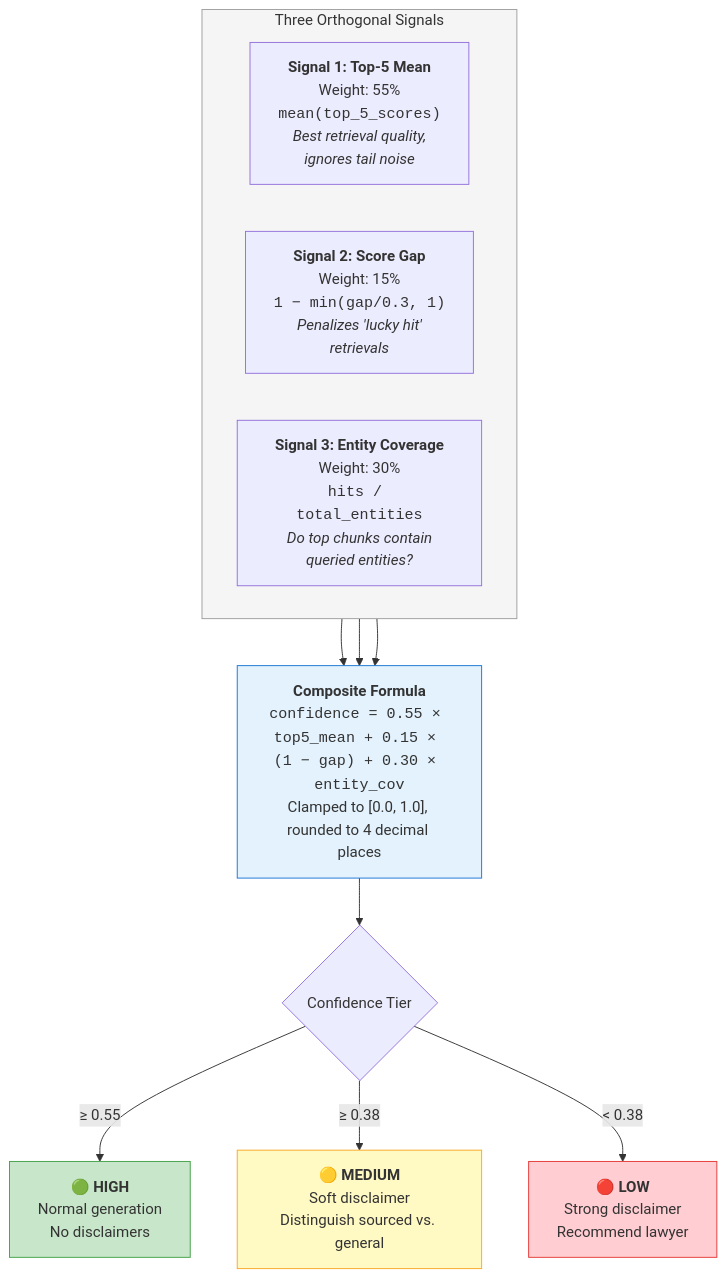
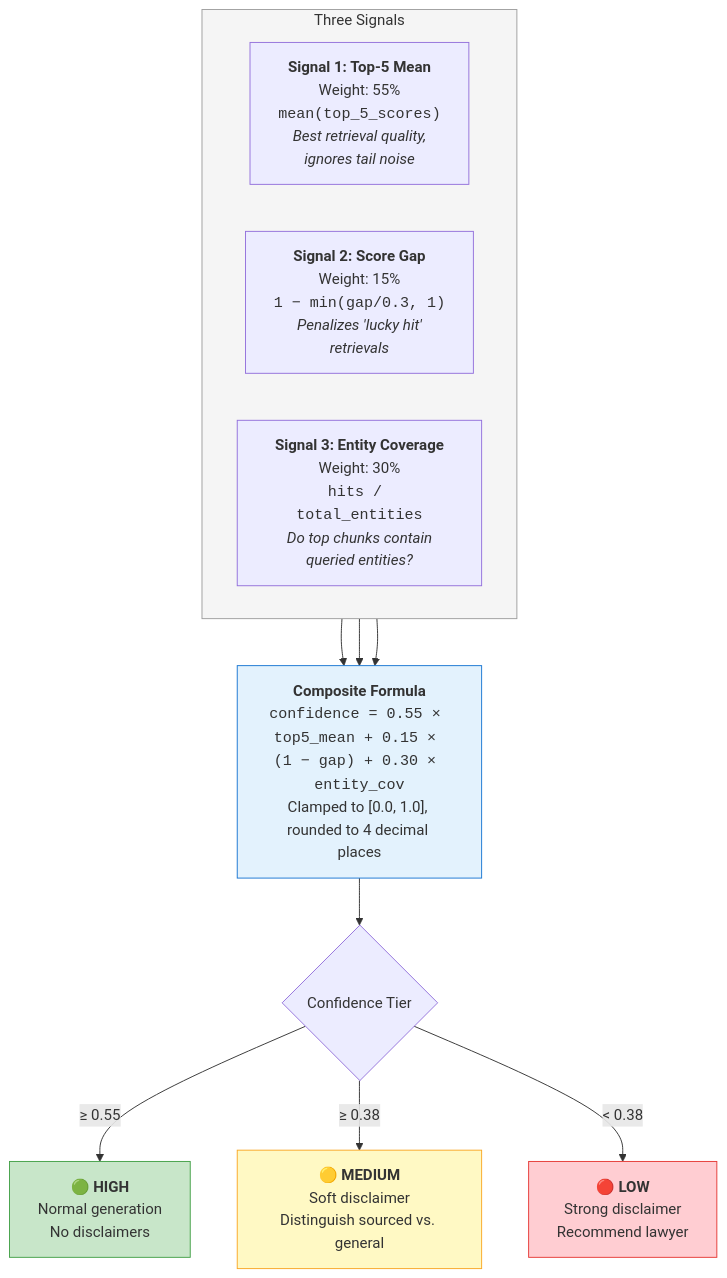
The seventh of 9 diagrams in README.md (uditauniyal/legal-mvp), drawn with Mermaid before and after one commit. The commit also changed other lines of this file and 10 other files, not shown here.

````diff
--- a/README.md
+++ b/README.md
@@ -363,22 +619,22 @@
 ```mermaid
 flowchart TD
-    subgraph Signals["Three Orthogonal Signals"]
+    subgraph Signals["Three Signals"]
         direction LR
         S1["<b>Signal 1: Top-5 Mean</b><br/>Weight: 55%<br/><code>mean(top_5_scores)</code><br/><i>Best retrieval quality,<br/>ignores tail noise</i>"]
         S2["<b>Signal 2: Score Gap</b><br/>Weight: 15%<br/><code>1 − min(gap/0.3, 1)</code><br/><i>Penalizes 'lucky hit'<br/>retrievals</i>"]
         S3["<b>Signal 3: Entity Coverage</b><br/>Weight: 30%<br/><code>hits / total_entities</code><br/><i>Do top chunks contain<br/>queried entities?</i>"]
     end
 
     S1 & S2 & S3 --> FORMULA["<b>Composite Formula</b><br/><code>confidence = 0.55 × top5_mean + 0.15 × (1 − gap) + 0.30 × entity_cov</code><br/>Clamped to [0.0, 1.0], rounded to 4 decimal places"]
 
     FORMULA --> TIER{"Confidence Tier"}
     TIER -->|"≥ 0.55"| HIGH["🟢 <b>HIGH</b><br/>Normal generation<br/>No disclaimers"]
     TIER -->|"≥ 0.38"| MED["🟡 <b>MEDIUM</b><br/>Soft disclaimer<br/>Distinguish sourced vs. general"]
     TIER -->|"< 0.38"| LOW["🔴 <b>LOW</b><br/>Strong disclaimer<br/>Recommend lawyer"]
 
     style Signals fill:#f5f5f5,stroke:#9E9E9E
     style FORMULA fill:#e3f2fd,stroke:#1976D2
     style HIGH fill:#c8e6c9,stroke:#43A047
     style MED fill:#fff9c4,stroke:#F9A825
     style LOW fill:#ffcdd2,stroke:#E53935
 ```
````
